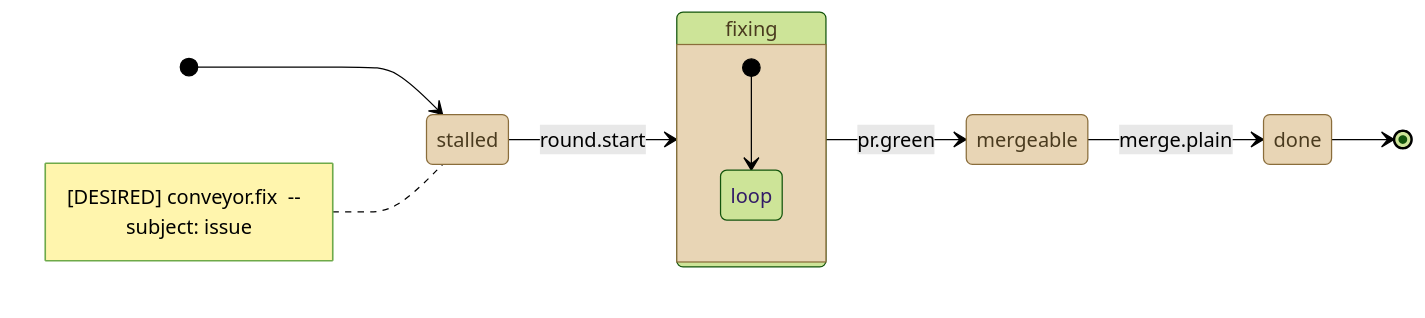
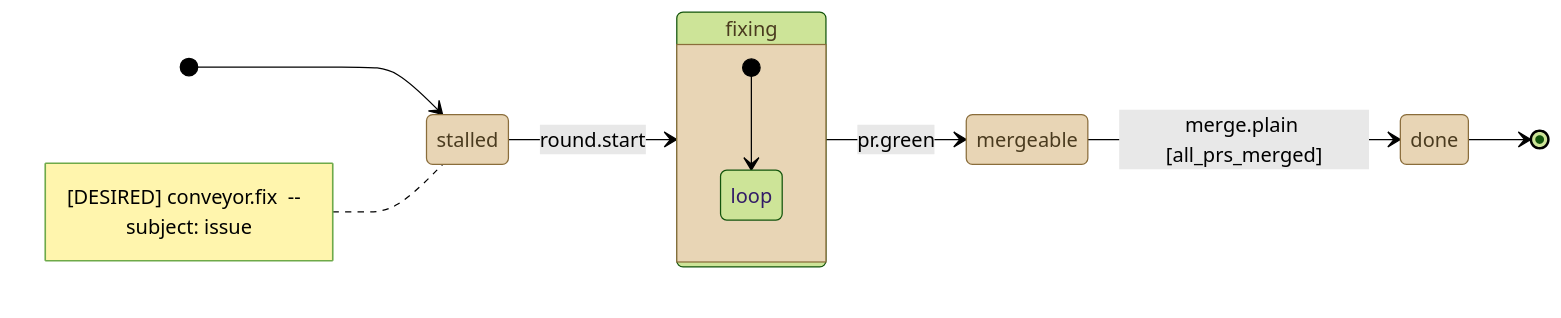
The diagram in .github/conveyor-model/mermaid/desired/conveyor_fix.mmd (kostiantyn-matsebora/agent-ops-operator), drawn with Mermaid (forest theme) before and after one commit. The commit also changed 3 other files, not shown here.

First line of the commit message:
fix(conveyor): done requires all related PRs merged, not just one

```diff
--- a/.github/conveyor-model/mermaid/desired/conveyor_fix.mmd
+++ b/.github/conveyor-model/mermaid/desired/conveyor_fix.mmd
@@ -1,21 +1,21 @@
 stateDiagram-v2
     direction LR
     [*] --> stalled
     note left of stalled
         [DESIRED] conveyor.fix  --  subject: issue
     end note
     classDef stationState fill:#e8d5b5,stroke:#8a6d3b,color:#4a3b1f
     classDef loopState fill:#c9e4de,stroke:#2f6b5e,color:#1a3b33
     state stalled
     state fixing
     state mergeable
     state done
     stalled --> fixing : round.start
     fixing --> mergeable : pr.green
-    mergeable --> done : merge.plain
+    mergeable --> done : merge.plain [all_prs_merged]
     done --> [*]
     class stalled, fixing, mergeable, done stationState
     state fixing {
         [*] --> loop
         state "loop" as loop
     }
```
